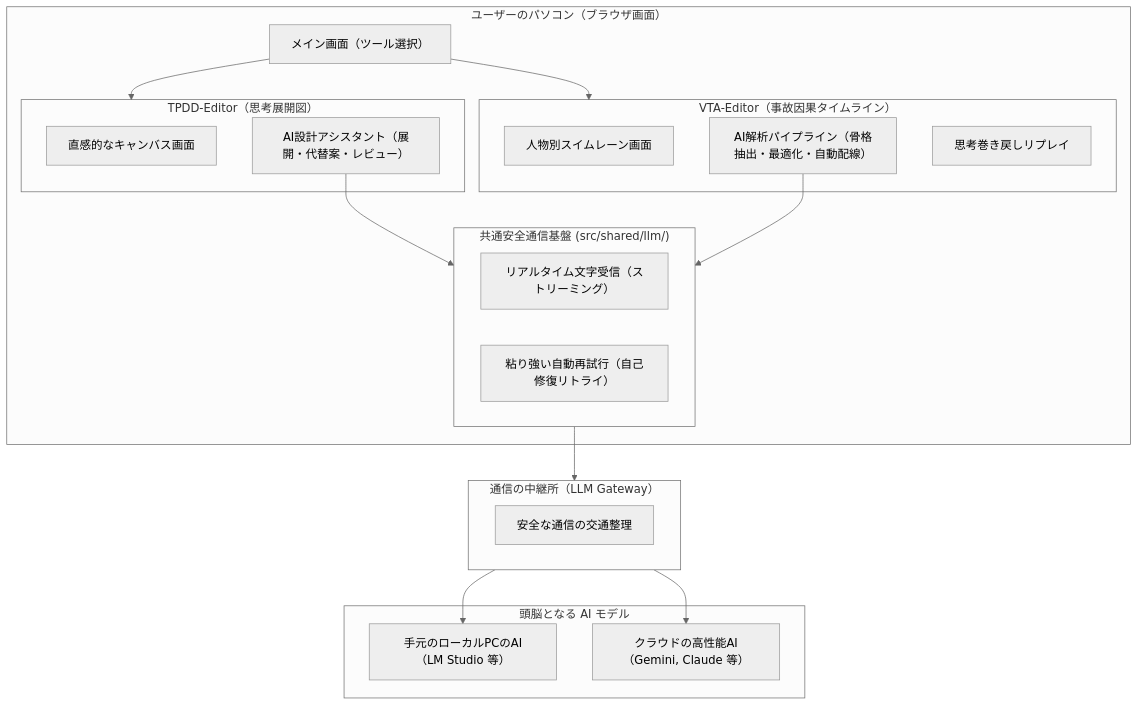
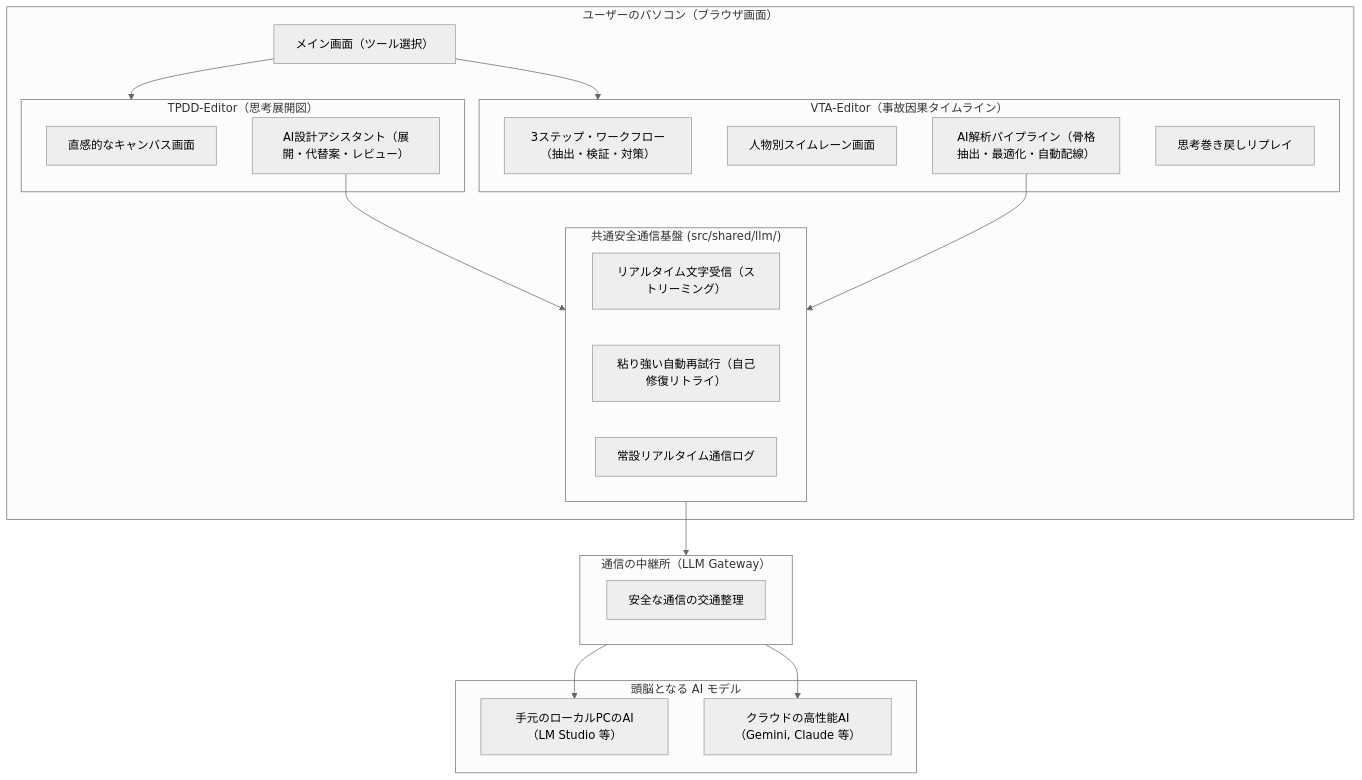
One commit to Kenn-Tanaka/FailurePrism changed the first of 3 diagrams in docs/TPDD_AND_VTA_ARCHITECTURE_GUIDE.md. Above: the diagram before and after it, drawn with Mermaid (neutral theme). The commit also changed other lines of this file and 69 other files, not shown here.

````diff
--- a/docs/TPDD_AND_VTA_ARCHITECTURE_GUIDE.md
+++ b/docs/TPDD_AND_VTA_ARCHITECTURE_GUIDE.md
@@ -78,39 +84,41 @@
 ```mermaid
 flowchart TB
     subgraph Browser["ユーザーのパソコン（ブラウザ画面）"]
         Menu["メイン画面（ツール選択）"]
         
         subgraph TPDD["TPDD-Editor（思考展開図）"]
             T_UI["直感的なキャンバス画面"]
             T_AI["AI設計アシスタント（展開・代替案・レビュー）"]
         end
 
         subgraph VTA["VTA-Editor（事故因果タイムライン）"]
+            V_Nav["3ステップ・ワークフロー（抽出・検証・対策）"]
             V_UI["人物別スイムレーン画面"]
             V_Pipe["AI解析パイプライン（骨格抽出・最適化・自動配線）"]
             V_Replay["思考巻き戻しリプレイ"]
         end
 
         subgraph Safety["共通安全通信基盤 (src/shared/llm/)"]
             Stream["リアルタイム文字受信（ストリーミング）"]
             AutoRetry["粘り強い自動再試行（自己修復リトライ）"]
+            LogView["常設リアルタイム通信ログ"]
         end
     end
 
     subgraph Gateway["通信の中継所（LLM Gateway）"]
         GW["安全な通信の交通整理"]
     end
 
     subgraph Models["頭脳となる AI モデル"]
         Local["手元のローカルPCのAI（LM Studio 等）"]
         Cloud["クラウドの高性能AI（Gemini, Claude 等）"]
     end
 
     Menu --> TPDD
     Menu --> VTA
     T_AI --> Safety
     V_Pipe --> Safety
     Safety --> Gateway
     Gateway --> Local
     Gateway --> Cloud
 ```
````
